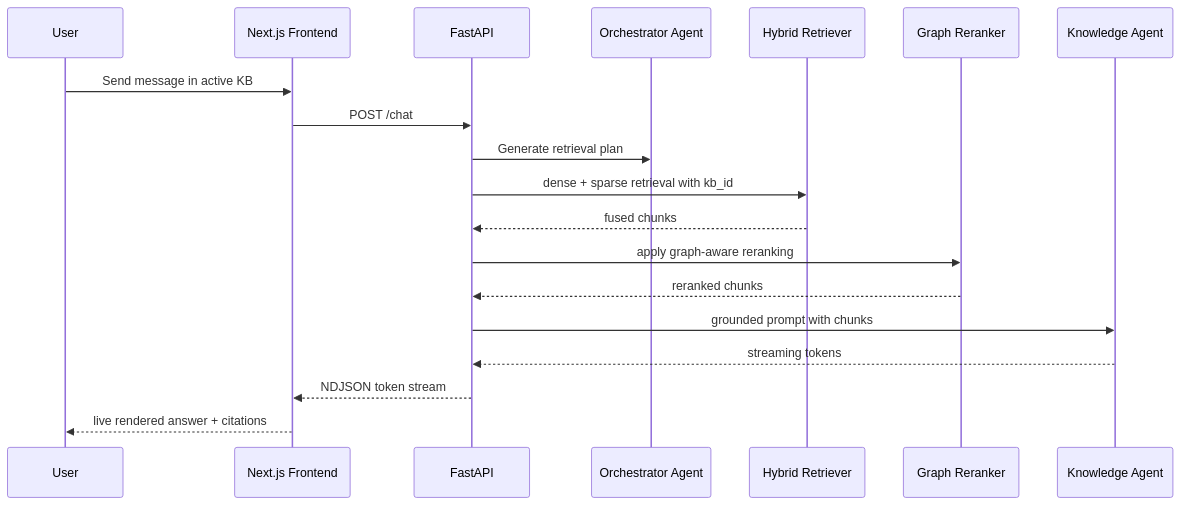
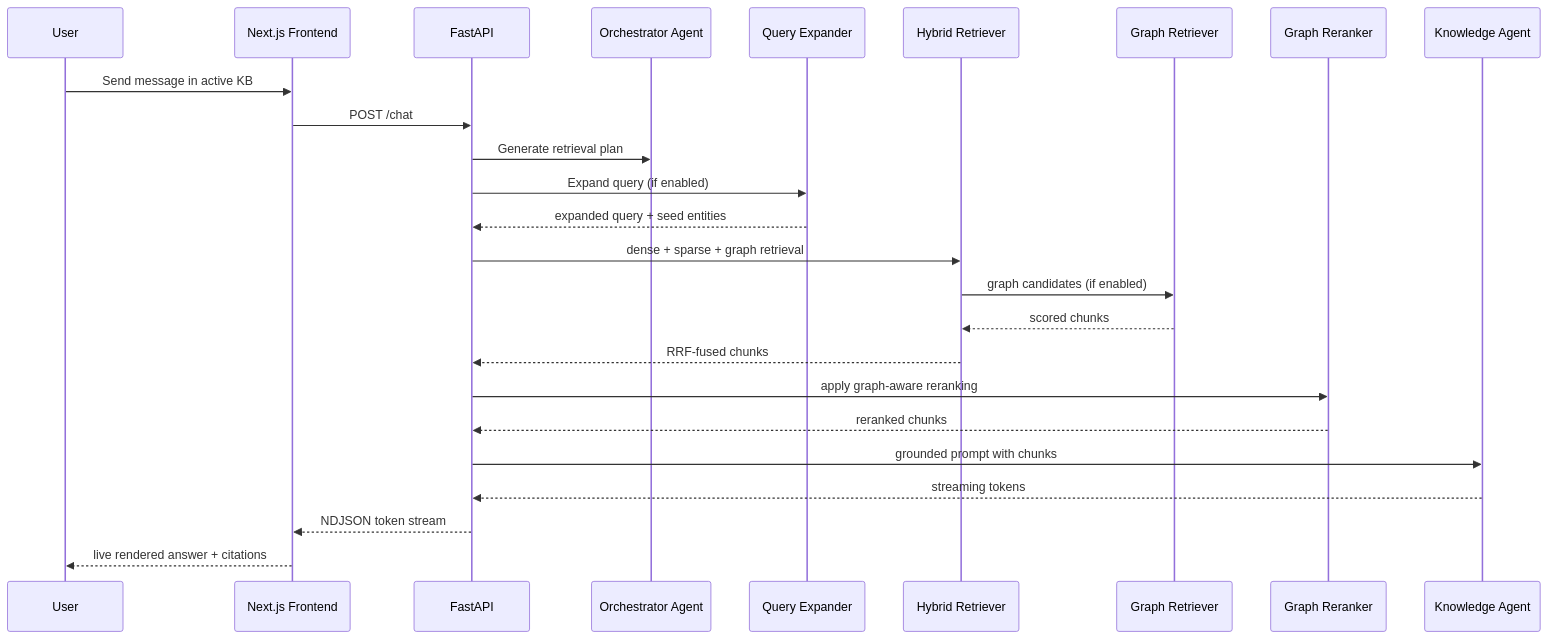
One commit to jumping2000/nanoRAG changed the second of 2 diagrams in docs/architecture.md. Above: the diagram before and after it, drawn with Mermaid. The commit also changed other lines of this file and 2 other files, not shown here.

Commit message:
docs: update hybrid-search, architecture; create observability doc; add design spec and plan

````diff
--- a/docs/architecture.md
+++ b/docs/architecture.md
@@ -47,22 +52,28 @@
 ```mermaid
 sequenceDiagram
     participant U as User
     participant FE as Next.js Frontend
     participant API as FastAPI
     participant OR as Orchestrator Agent
+    participant QE as Query Expander
     participant HR as Hybrid Retriever
-    participant GR as Graph Reranker
+    participant GR as Graph Retriever
+    participant RR as Graph Reranker
     participant KA as Knowledge Agent
 
     U->>FE: Send message in active KB
     FE->>API: POST /chat
     API->>OR: Generate retrieval plan
-    API->>HR: dense + sparse retrieval with kb_id
-    HR-->>API: fused chunks
-    API->>GR: apply graph-aware reranking
-    GR-->>API: reranked chunks
+    API->>QE: Expand query (if enabled)
+    QE-->>API: expanded query + seed entities
+    API->>HR: dense + sparse + graph retrieval
+    HR->>GR: graph candidates (if enabled)
+    GR-->>HR: scored chunks
+    HR-->>API: RRF-fused chunks
+    API->>RR: apply graph-aware reranking
+    RR-->>API: reranked chunks
     API->>KA: grounded prompt with chunks
     KA-->>API: streaming tokens
     API-->>FE: NDJSON token stream
     FE-->>U: live rendered answer + citations
 ```
````
